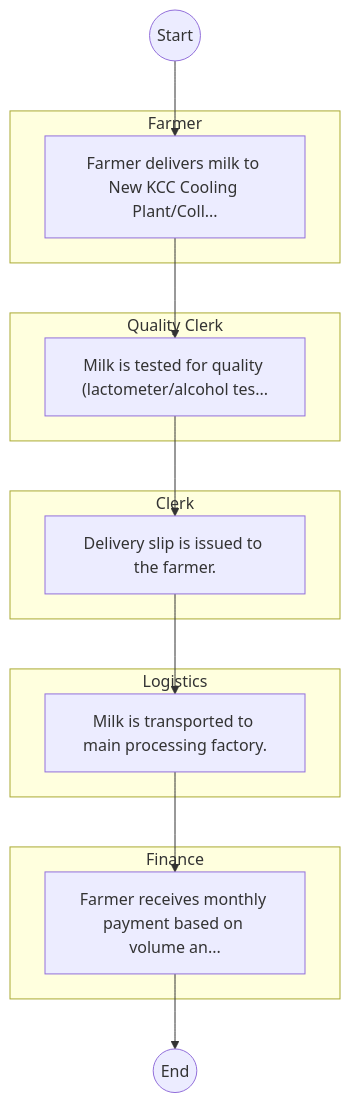
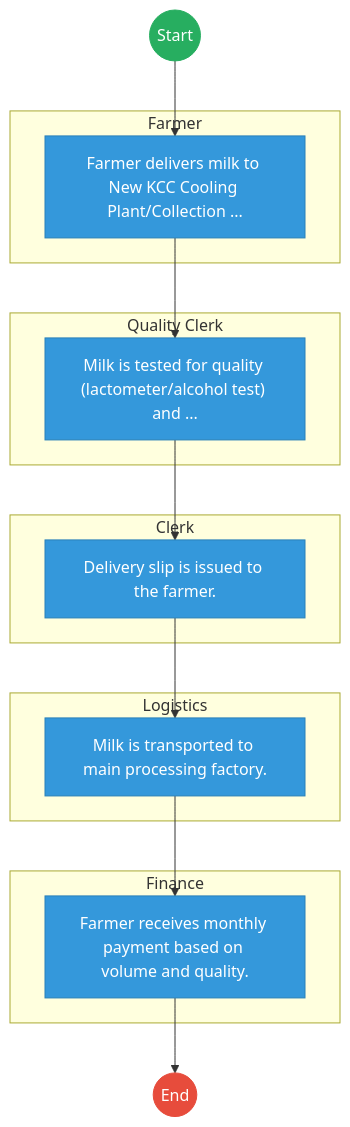
Before and after one commit to BITZ-IT-Consulting-LTD/ictapoc: the first of 2 diagrams in mdas/docs_final/New_Kenya_Co-operative_Creameries_Limited___Service_Delivery.md, drawn with Mermaid. The commit also changed other lines of this file and 461 other files, not shown here.

````diff
--- a/mdas/docs_final/New_Kenya_Co-operative_Creameries_Limited___Service_Delivery.md
+++ b/mdas/docs_final/New_Kenya_Co-operative_Creameries_Limited___Service_Delivery.md
@@ -20,24 +20,38 @@
 ```mermaid
 graph TD
     Start((Start)) --> S1
+
     subgraph Farmer [Farmer]
-        S1["Farmer delivers milk to New KCC Cooling Plant/Coll..."]
+        S1["Farmer delivers milk to New KCC Cooling Plant/Collection ..."]
     end
-    subgraph QualityClerk [Quality Clerk]
-        S2["Milk is tested for quality (lactometer/alcohol tes..."]
+
+    subgraph Quality_Clerk [Quality Clerk]
+        S2["Milk is tested for quality (lactometer/alcohol test) and ..."]
     end
+
     subgraph Clerk [Clerk]
         S3["Delivery slip is issued to the farmer."]
     end
+
     subgraph Logistics [Logistics]
         S4["Milk is transported to main processing factory."]
     end
+
     subgraph Finance [Finance]
-        S5["Farmer receives monthly payment based on volume an..."]
+        S5["Farmer receives monthly payment based on volume and quality."]
     end
     S1 --> S2
     S2 --> S3
     S3 --> S4
     S4 --> S5
     S5 --> End((End))
+
+    classDef start fill:#27ae60,stroke:#27ae60,color:#fff;
+    classDef endNode fill:#e74c3c,stroke:#e74c3c,color:#fff;
+    classDef userTask fill:#3498db,stroke:#2980b9,color:#fff;
+    classDef serviceTask fill:#9b59b6,stroke:#8e44ad,color:#fff;
+
+    class Start start;
+    class End endNode;
+    class S1,S2,S3,S4,S5 userTask;
 ```
````
